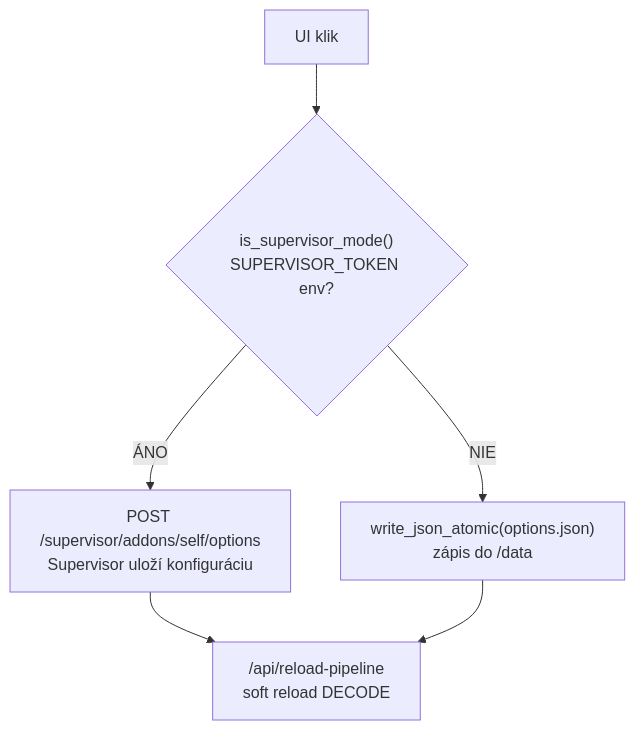
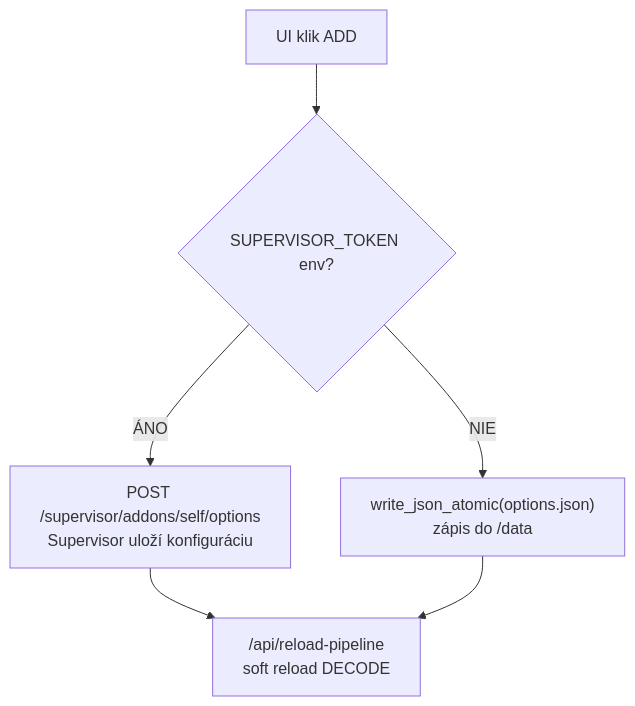
One commit to Kustonium/homeassistant-wmbus-mqtt-bridge-dev changed the sixth of 7 diagrams in docs/README.sk.md. Above: the diagram before and after it, drawn with Mermaid. The commit also changed other lines of this file and 222 other files, not shown here.

````diff
--- a/docs/README.sk.md
+++ b/docs/README.sk.md
@@ -666,8 +651,8 @@
 ```mermaid
 flowchart TD
-  A["UI klik"] --> B{"is_supervisor_mode()<br/>SUPERVISOR_TOKEN env?"}
+  A["UI klik ADD"] --> B{"SUPERVISOR_TOKEN env?"}
   B -- "ÁNO" --> C["POST /supervisor/addons/self/options<br/>Supervisor uloží konfiguráciu"]
   B -- "NIE" --> D["write_json_atomic(options.json)<br/>zápis do /data"]
   C --> E["/api/reload-pipeline<br/>soft reload DECODE"]
   D --> E
 ```
````
